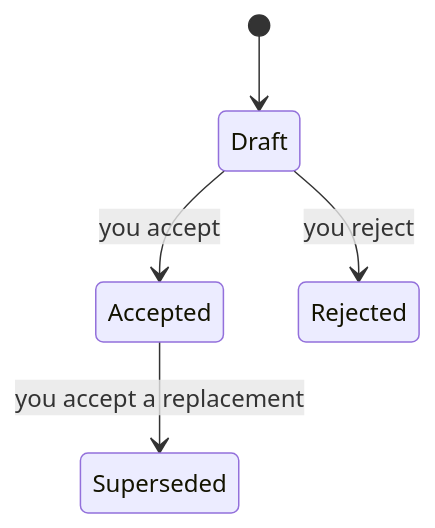
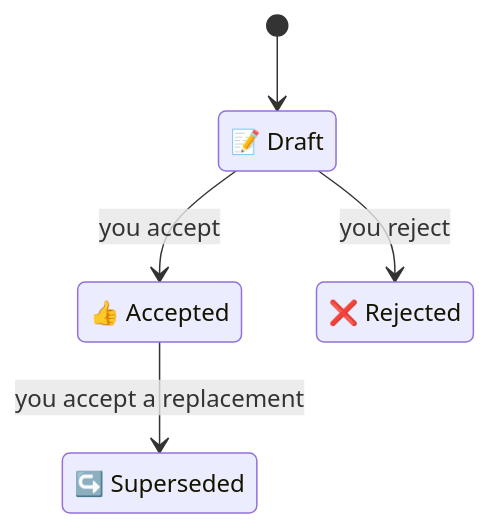
The diagram in docs/skills/adr.md (michaelmarconi/agentic-engineering), drawn with Mermaid before and after one commit. The commit also changed other lines of this file and 15 other files, not shown here.

````diff
--- a/docs/skills/adr.md
+++ b/docs/skills/adr.md
@@ -62,7 +62,11 @@
 ```mermaid
 stateDiagram-v2
+    state "📝 Draft" as Draft
+    state "👍 Accepted" as Accepted
+    state "❌ Rejected" as Rejected
+    state "↪️ Superseded" as Superseded
     [*] --> Draft
     Draft --> Accepted: you accept
     Draft --> Rejected: you reject
     Accepted --> Superseded: you accept a replacement
 ```
````
